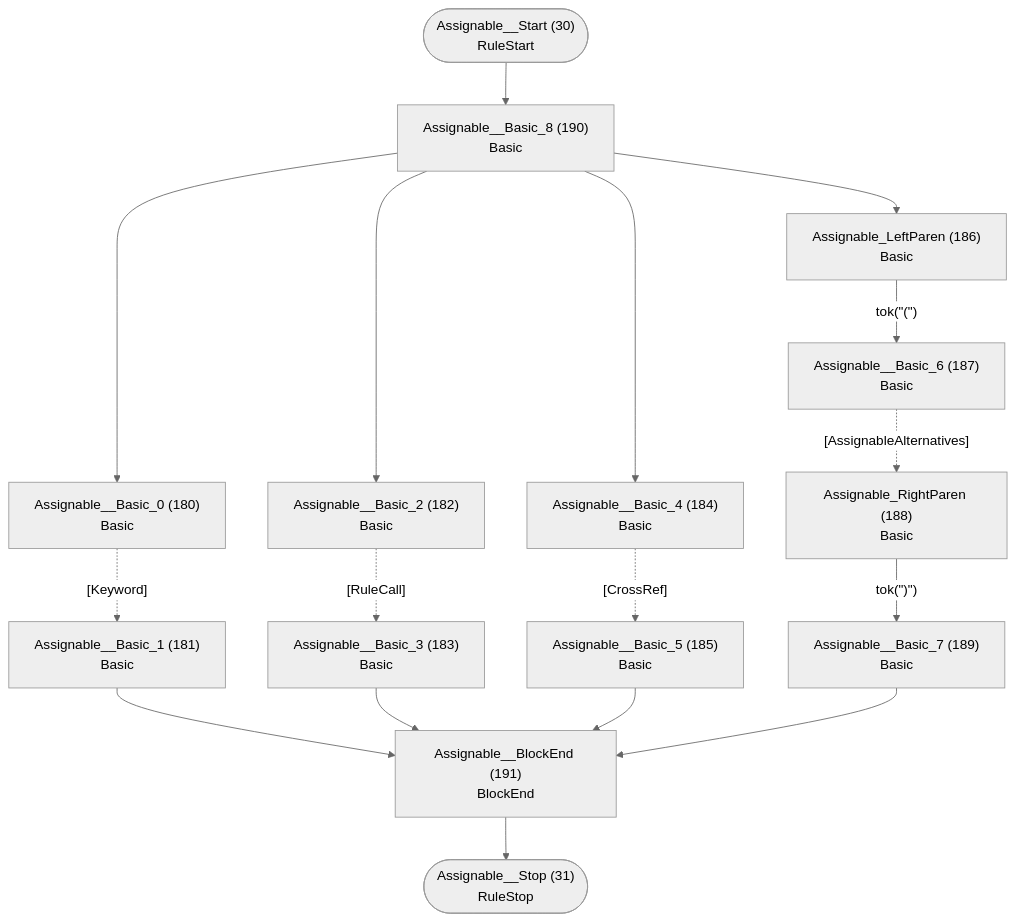
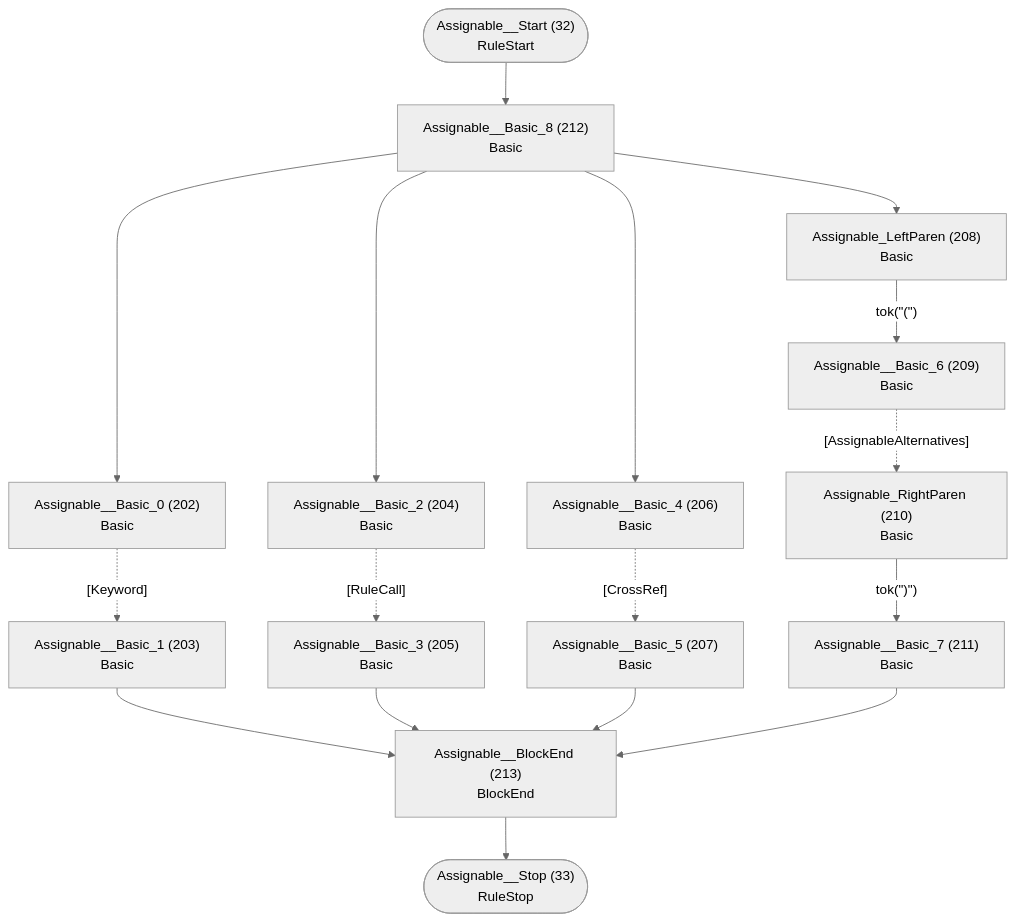
Before and after one commit to TypeFox/fastbelt: diagram 17 of 26 in internal/grammar/atn.md, drawn with Mermaid (neutral theme). The commit also changed other lines of this file and 51 other files, not shown here.

````diff
--- a/internal/grammar/atn.md
+++ b/internal/grammar/atn.md
@@ -443,34 +497,34 @@
 ```mermaid
 flowchart TD
-    q30(["Assignable__Start (30)<br/>RuleStart"])
-    q31(["Assignable__Stop (31)<br/>RuleStop"])
-    q180["Assignable__Basic_0 (180)<br/>Basic<br/>"]
-    q181["Assignable__Basic_1 (181)<br/>Basic<br/>"]
-    q182["Assignable__Basic_2 (182)<br/>Basic<br/>"]
-    q183["Assignable__Basic_3 (183)<br/>Basic<br/>"]
-    q184["Assignable__Basic_4 (184)<br/>Basic<br/>"]
-    q185["Assignable__Basic_5 (185)<br/>Basic<br/>"]
-    q186["Assignable_LeftParen (186)<br/>Basic<br/>"]
-    q187["Assignable__Basic_6 (187)<br/>Basic<br/>"]
-    q188["Assignable_RightParen (188)<br/>Basic<br/>"]
-    q189["Assignable__Basic_7 (189)<br/>Basic<br/>"]
-    q190["Assignable__Basic_8 (190)<br/>Basic<br/>"]
-    q191["Assignable__BlockEnd (191)<br/>BlockEnd<br/>"]
+    q32(["Assignable__Start (32)<br/>RuleStart"])
+    q33(["Assignable__Stop (33)<br/>RuleStop"])
+    q202["Assignable__Basic_0 (202)<br/>Basic<br/>"]
+    q203["Assignable__Basic_1 (203)<br/>Basic<br/>"]
+    q204["Assignable__Basic_2 (204)<br/>Basic<br/>"]
+    q205["Assignable__Basic_3 (205)<br/>Basic<br/>"]
+    q206["Assignable__Basic_4 (206)<br/>Basic<br/>"]
+    q207["Assignable__Basic_5 (207)<br/>Basic<br/>"]
+    q208["Assignable_LeftParen (208)<br/>Basic<br/>"]
+    q209["Assignable__Basic_6 (209)<br/>Basic<br/>"]
+    q210["Assignable_RightParen (210)<br/>Basic<br/>"]
+    q211["Assignable__Basic_7 (211)<br/>Basic<br/>"]
+    q212["Assignable__Basic_8 (212)<br/>Basic<br/>"]
+    q213["Assignable__BlockEnd (213)<br/>BlockEnd<br/>"]
 
-    q30 --> q190
-    q180 -.->|"[Keyword]"| q181
-    q181 --> q191
-    q182 -.->|"[RuleCall]"| q183
-    q183 --> q191
-    q184 -.->|"[CrossRef]"| q185
-    q185 --> q191
-    q186 -->|"tok(&quot;(&quot;)"| q187
-    q187 -.->|"[AssignableAlternatives]"| q188
-    q188 -->|"tok(&quot;)&quot;)"| q189
-    q189 --> q191
-    q190 --> q180
-    q190 --> q182
-    q190 --> q184
-    q190 --> q186
-    q191 --> q31
+    q32 --> q212
+    q202 -.->|"[Keyword]"| q203
+    q203 --> q213
+    q204 -.->|"[RuleCall]"| q205
+    q205 --> q213
+    q206 -.->|"[CrossRef]"| q207
+    q207 --> q213
+    q208 -->|"tok(&quot;(&quot;)"| q209
+    q209 -.->|"[AssignableAlternatives]"| q210
+    q210 -->|"tok(&quot;)&quot;)"| q211
+    q211 --> q213
+    q212 --> q202
+    q212 --> q204
+    q212 --> q206
+    q212 --> q208
+    q213 --> q33
 ```
````
